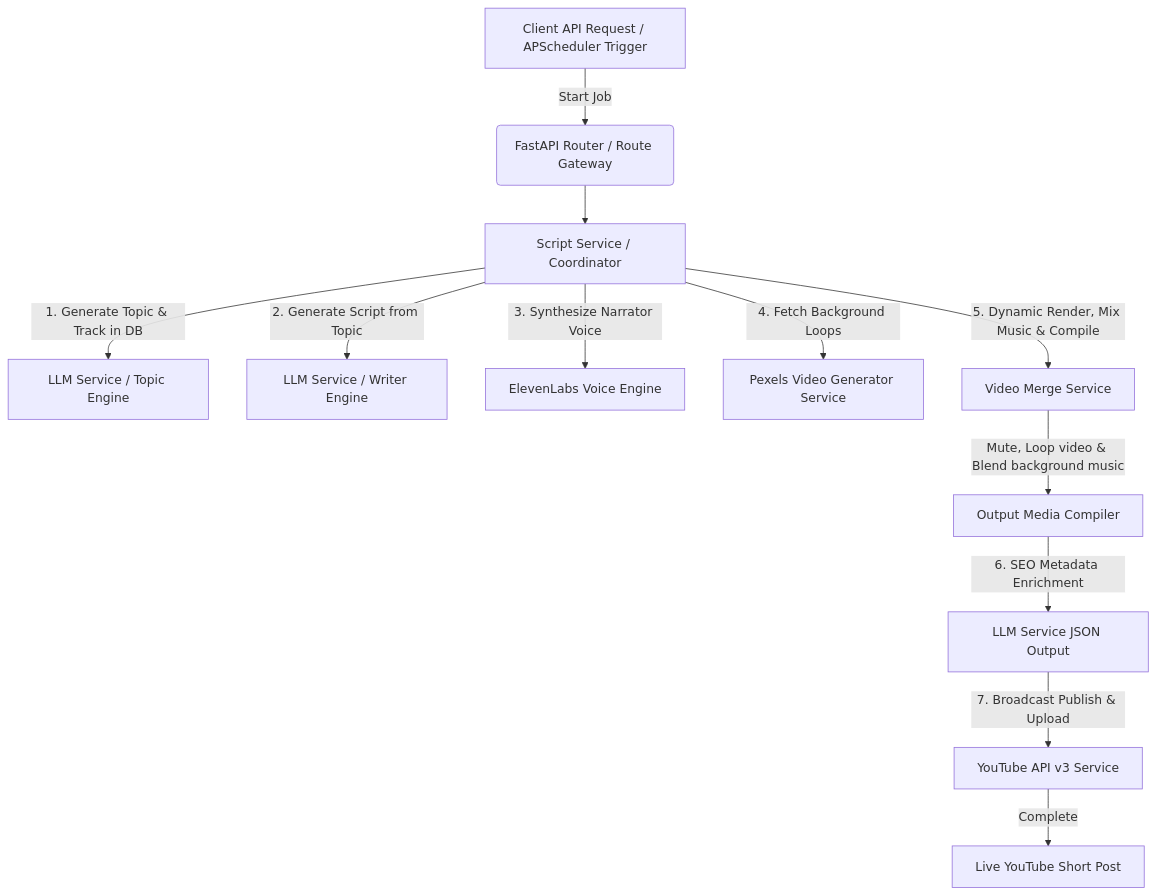
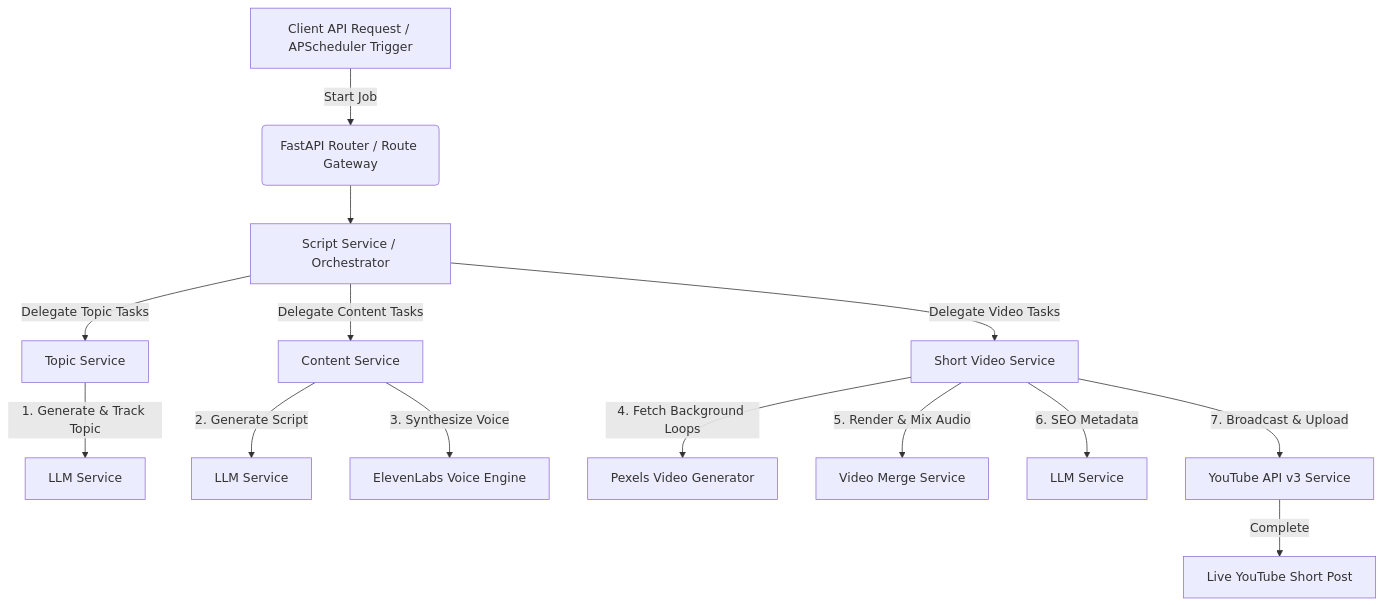
The first of 2 diagrams in README.md (indvx/dg_shorts_ai), drawn with Mermaid before and after one commit. The commit also changed other lines of this file and 1 other file, not shown here.

Commit message:
refactor: reorganize project structure into domain-specific services and remove redundant video_merge service file

````diff
--- a/README.md
+++ b/README.md
@@ -22,14 +22,20 @@
 ```mermaid
 graph TD
     A[Client API Request / APScheduler Trigger] -->|Start Job| B(FastAPI Router / Route Gateway)
-    B --> C[Script Service / Coordinator]
-    C -->|1. Generate Topic & Track in DB| D1[LLM Service / Topic Engine]
-    C -->|2. Generate Script from Topic| D2[LLM Service / Writer Engine]
-    C -->|3. Synthesize Narrator Voice| E[ElevenLabs Voice Engine]
-    C -->|4. Fetch Background Loops| F[Pexels Video Generator Service]
-    C -->|5. Dynamic Render, Mix Music & Compile| G[Video Merge Service]
-    G -->|Mute, Loop video & Blend background music| H[Output Media Compiler]
-    H -->|6. SEO Metadata Enrichment| I[LLM Service JSON Output]
-    I -->|7. Broadcast Publish & Upload| J[YouTube API v3 Service]
+    B --> C[Script Service / Orchestrator]
+    
+    C -->|Delegate Topic Tasks| TS[Topic Service]
+    TS -->|1. Generate & Track Topic| D1[LLM Service]
+    
+    C -->|Delegate Content Tasks| CS[Content Service]
+    CS -->|2. Generate Script| D2[LLM Service]
+    CS -->|3. Synthesize Voice| E[ElevenLabs Voice Engine]
+    
+    C -->|Delegate Video Tasks| SVS[Short Video Service]
+    SVS -->|4. Fetch Background Loops| F[Pexels Video Generator]
+    SVS -->|5. Render & Mix Audio| G[Video Merge Service]
+    SVS -->|6. SEO Metadata| I[LLM Service]
+    SVS -->|7. Broadcast & Upload| J[YouTube API v3 Service]
+    
     J -->|Complete| K[Live YouTube Short Post]
 ```
````
